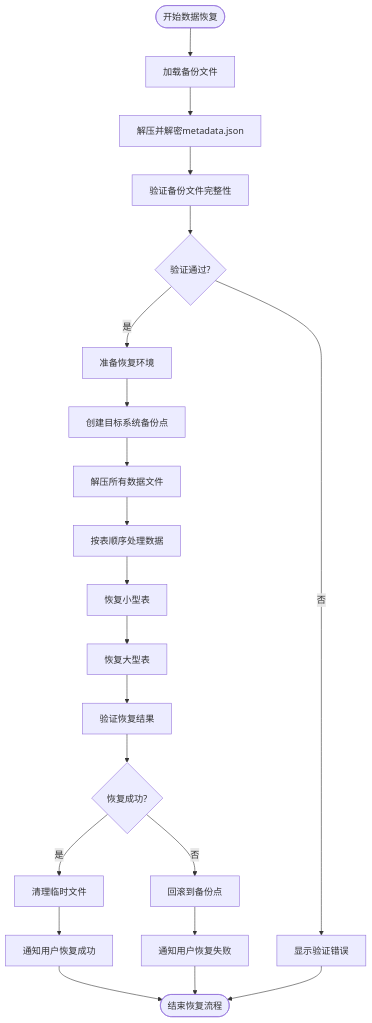
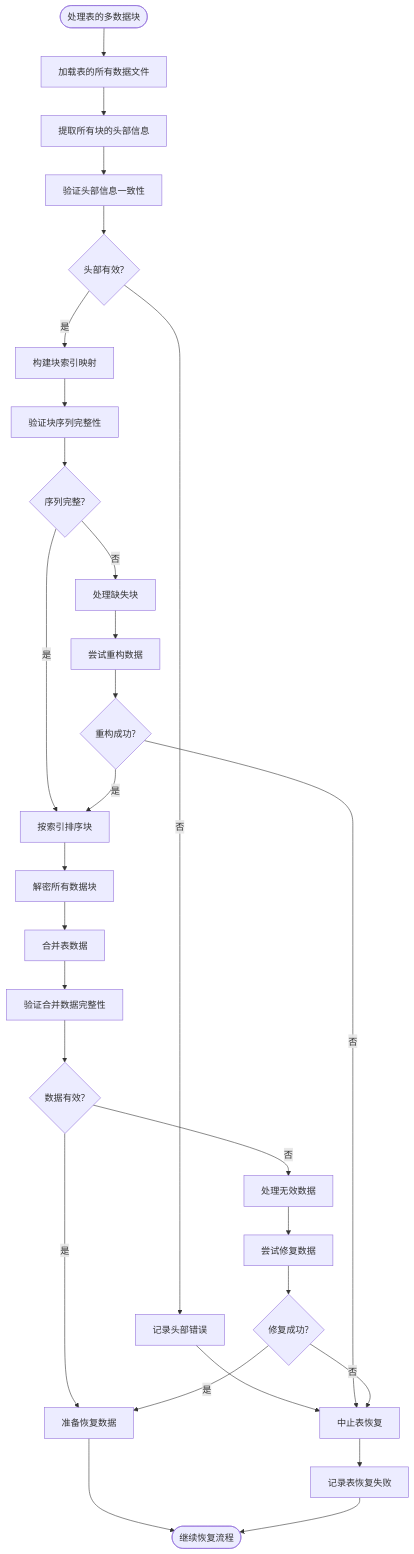
One commit to yingjianzh/iodraw-files changed the diagram in all/未命名-52.md. Above: the diagram before and after it, drawn with Mermaid.

Commit message:
2025-05-09 18:24:37 update

````diff
--- a/all/未命名-52.md
+++ b/all/未命名-52.md
@@ -1,29 +1,44 @@
 ```mermaid
 flowchart TD
-    Start([开始数据恢复]) --> LoadBackupFile[加载备份文件]
-    LoadBackupFile --> ExtractMetadata[解压并解密metadata.json]
-    ExtractMetadata --> VerifyBackup[验证备份文件完整性]
+    Start([处理表的多数据块]) --> LoadFilesForTable[加载表的所有数据文件]
+    LoadFilesForTable --> ExtractHeaders[提取所有块的头部信息]
     
-    VerifyBackup --> BackupValid{验证通过?}
-    BackupValid -->|否| ShowValidationError[显示验证错误]
-    BackupValid -->|是| PrepareRestoreEnv[准备恢复环境]
+    ExtractHeaders --> ValidateHeaders[验证头部信息一致性]
+    ValidateHeaders --> HeadersValid{头部有效?}
     
-    PrepareRestoreEnv --> CreateBackupPoint[创建目标系统备份点]
-    CreateBackupPoint --> ExtractDataFiles[解压所有数据文件]
+    HeadersValid -->|否| LogHeaderError[记录头部错误]
+    HeadersValid -->|是| BuildBlocksMap[构建块索引映射]
     
-    ExtractDataFiles --> ProcessTablesSequentially[按表顺序处理数据]
-    ProcessTablesSequentially --> RestoreSmallTables[恢复小型表]
-    RestoreSmallTables --> RestoreLargeTables[恢复大型表]
-    RestoreLargeTables --> VerifyRestoreResult[验证恢复结果]
+    BuildBlocksMap --> VerifyBlocksSequence[验证块序列完整性]
+    VerifyBlocksSequence --> SequenceComplete{序列完整?}
     
-    VerifyRestoreResult --> RestoreSuccess{恢复成功?}
-    RestoreSuccess -->|是| CleanupTempFiles[清理临时文件]
-    RestoreSuccess -->|否| RollbackToBackupPoint[回滚到备份点]
+    SequenceComplete -->|否| HandleMissingBlocks[处理缺失块]
+    SequenceComplete -->|是| SortBlocksByIndex[按索引排序块]
     
-    CleanupTempFiles --> NotifySuccess[通知用户恢复成功]
-    RollbackToBackupPoint --> NotifyFailure[通知用户恢复失败]
+    SortBlocksByIndex --> DecryptBlocks[解密所有数据块]
+    DecryptBlocks --> MergeTableData[合并表数据]
     
-    NotifySuccess --> End([结束恢复流程])
-    NotifyFailure --> End
-    ShowValidationError --> End
+    MergeTableData --> ValidateMergedData[验证合并数据完整性]
+    ValidateMergedData --> DataValid{数据有效?}
+    
+    DataValid -->|否| HandleInvalidData[处理无效数据]
+    DataValid -->|是| PrepareForRestore[准备恢复数据]
+    
+    PrepareForRestore --> End([继续恢复流程])
+    
+    LogHeaderError --> AbortTableRestore[中止表恢复]
+    HandleMissingBlocks --> AttemptReconstruction[尝试重构数据]
+    AttemptReconstruction --> ReconstructionSuccess{重构成功?}
+    
+    ReconstructionSuccess -->|是| SortBlocksByIndex
+    ReconstructionSuccess -->|否| AbortTableRestore
+    
+    HandleInvalidData --> AttemptRepair[尝试修复数据]
+    AttemptRepair --> RepairSuccess{修复成功?}
+    
+    RepairSuccess -->|是| PrepareForRestore
+    RepairSuccess -->|否| AbortTableRestore
+    
+    AbortTableRestore --> NotifyTableError[记录表恢复失败]
+    NotifyTableError --> End
 ```
````
